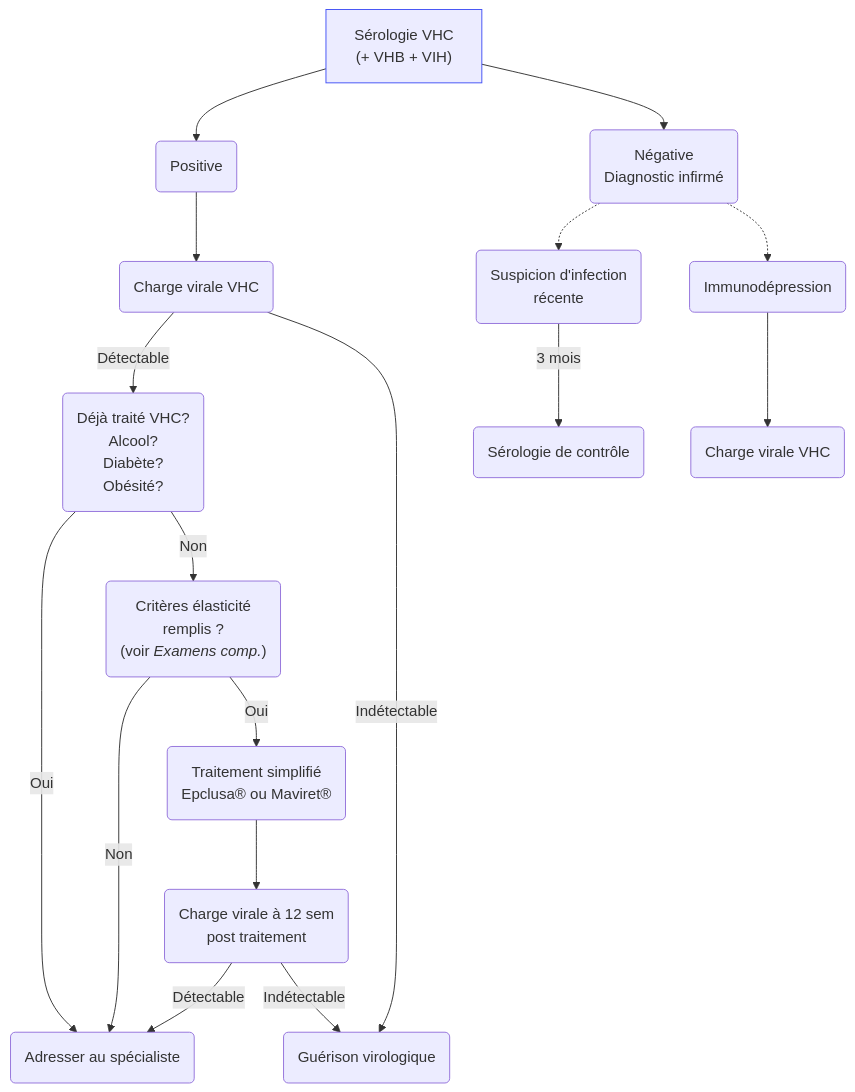
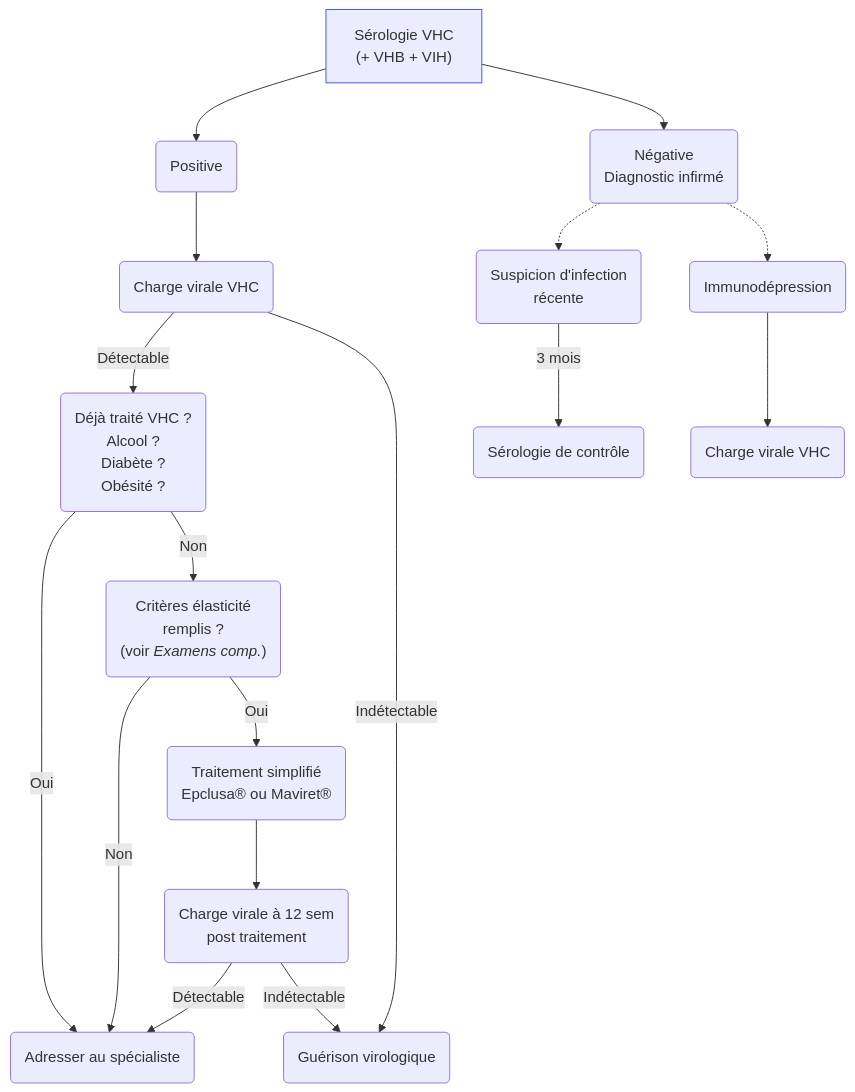
Before and after one commit to djibe/recommandations-medicales: the first of 2 diagrams in content/recommandations/hepatite-c.md, drawn with Mermaid. The commit also changed other lines of this file and 42 other files, not shown here.

```diff
--- a/content/recommandations/hepatite-c.md
+++ b/content/recommandations/hepatite-c.md
@@ -290,21 +290,21 @@
 {{< mermaid title="Prise en charge de l'hépatite C. Dr JB Fron d'après HAS 2019" >}}
 graph TB
 accTitle: Prise en charge de l'hépatite C. Dr JB Fron d'après HAS 2019
   serologie["Sérologie VHC<br>(+ VHB + VIH)"] --> serologie+(Positive)
   style serologie stroke:#4150f5, stroke-width:1px
   serologie+ --> pcr(Charge virale VHC)
-    pcr -- Détectable --> comorbidite("Déjà traité VHC?<br>Alcool?<br>Diabète?<br>Obésité?")
+    pcr -- Détectable --> comorbidite("Déjà traité VHC ?<br>Alcool ?<br>Diabète ?<br>Obésité ?")
       comorbidite -- Oui --> spe(Adresser au spécialiste)
       comorbidite -- Non --> elasticite("Critères élasticité<br>remplis ?<br>(voir <em>Examens comp.</em>)")
         elasticite -- Non --> spe
         elasticite -- Oui --> aad("Traitement simplifié<br>Epclusa® ou Maviret®")
           aad --> eradication("Charge virale à 12 sem<br>post traitement")
             eradication -- Détectable --> spe
             eradication -- Indétectable --> guerison
     pcr -- Indétectable --> guerison(Guérison virologique)
   serologie --> serologie-(Négative<br>Diagnostic infirmé)
   serologie- -.-> infRecente(Suspicion d'infection<br>récente)
     infRecente -- 3 mois --> 3mois(Sérologie de contrôle)
   serologie- -.-> immunodep(Immunodépression)
     immunodep --> pcr2(Charge virale VHC)
 {{< /mermaid >}}
```
